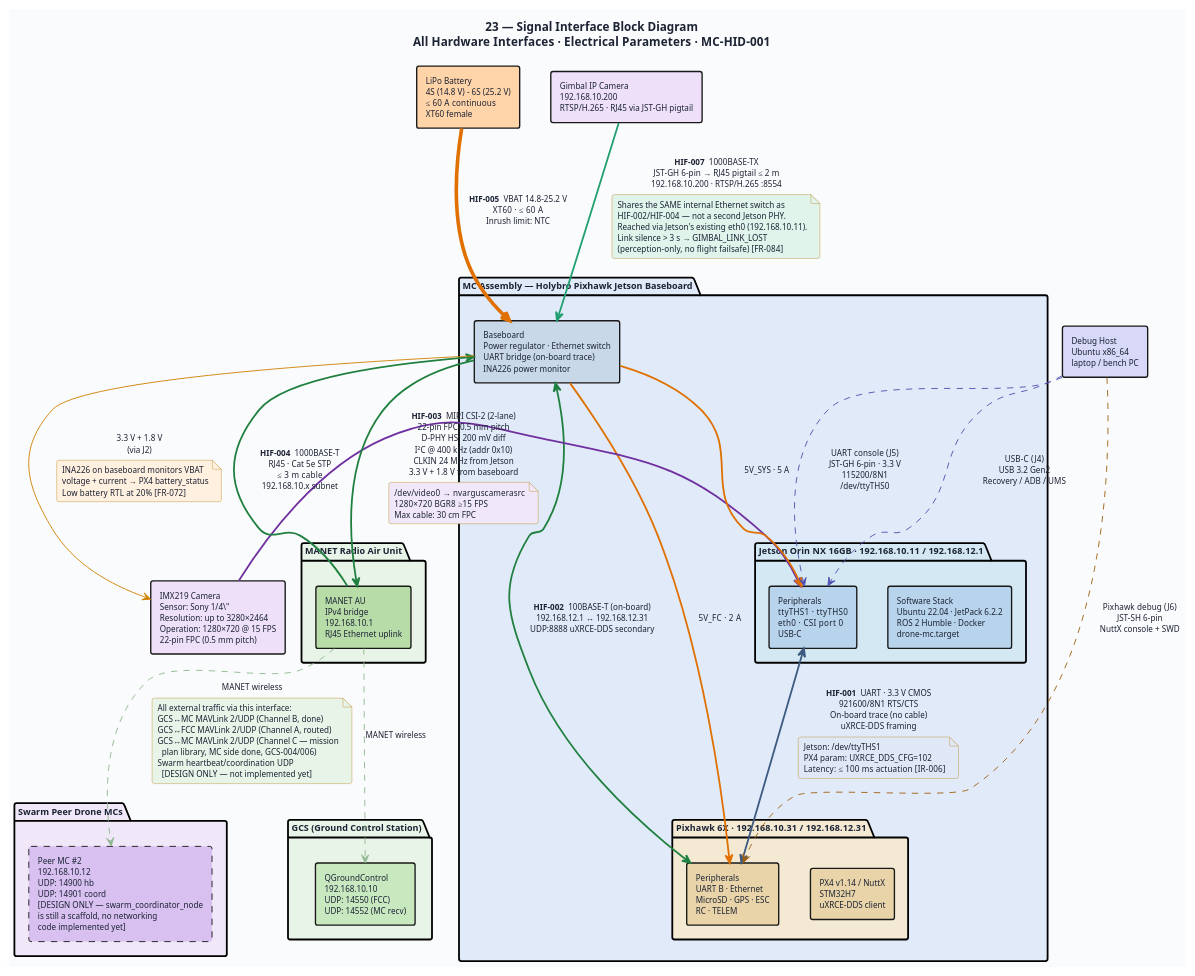
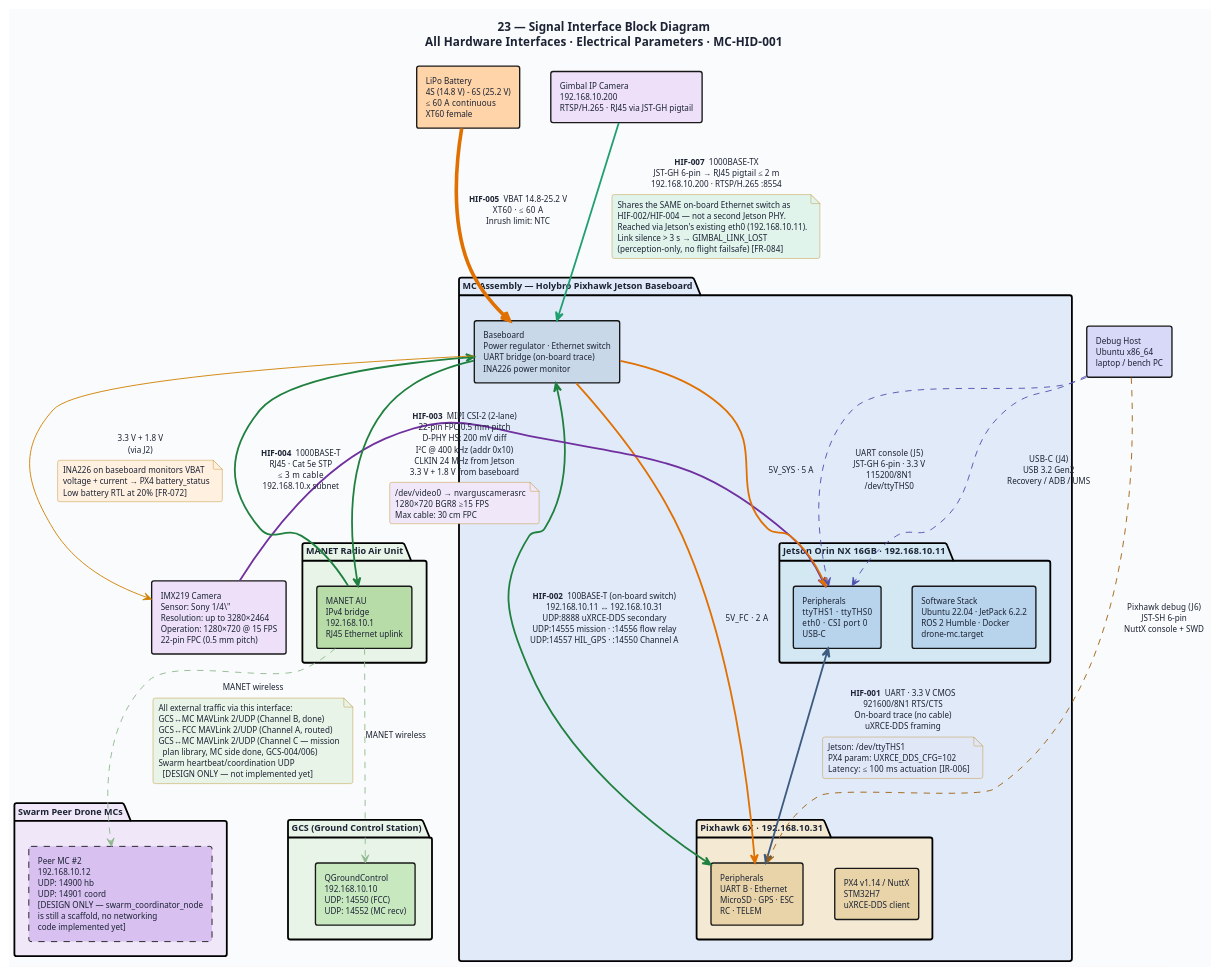
The diagram in docs/diagrams/23-hid-signal-interfaces.puml (shawnsoh-stengg/shawnsoh-stengg-drone-swarm-mc-tempFork), drawn with PlantUML before and after one commit. The commit also changed 41 other files, not shown here.

```diff
--- a/docs/diagrams/23-hid-signal-interfaces.puml
+++ b/docs/diagrams/23-hid-signal-interfaces.puml
@@ -1,173 +1,173 @@
 @startuml 23-hid-signal-interfaces
 ' ─────────────────────────────────────────────────────────────
 ' Diagram 23: Signal Interface Block Diagram — All Seven HIFs
 ' MC-HID-001 §3–§9
 ' ─────────────────────────────────────────────────────────────
 
 title "23 — Signal Interface Block Diagram\nAll Hardware Interfaces · Electrical Parameters  ·  MC-HID-001"
 
 skinparam BackgroundColor #FAFBFC
 skinparam DefaultFontColor #1C2334
 skinparam DefaultFontSize 10
 skinparam TitleFontSize 13
 skinparam TitleFontStyle bold
 skinparam shadowing false
 skinparam RoundCorner 5
 
 skinparam package {
   BorderThickness 2
   FontSize 10
   FontStyle bold
 }
 
 skinparam rectangle {
   BorderThickness 1.5
   FontSize 9
 }
 
 skinparam note {
   BackgroundColor #FFFAE8
   BorderColor #C09030
   FontSize 9
 }
 
 skinparam arrow {
   Color #3D5A80
   FontColor #1C2334
   FontSize 9
 }
 
 ' ═══════════════════════════════════════════════════
 ' EXTERNAL SYSTEMS
 ' ═══════════════════════════════════════════════════
 
 rectangle "LiPo Battery\n4S (14.8 V) – 6S (25.2 V)\n≤ 60 A continuous\nXT60 female" as BAT #FFD4A8
 
 rectangle "IMX219 Camera\nSensor: Sony 1/4\"\nResolution: up to 3280×2464\nOperation: 1280×720 @ 15 FPS\n22-pin FPC (0.5 mm pitch)" as CAM #EDE0F8
 
 package "MANET Radio Air Unit" as AU_PKG #E8F4E8 {
   rectangle "MANET AU\nIPv4 bridge\n192.168.10.1\nRJ45 Ethernet uplink" as AU #B8DCA8
 }
 
 package "GCS (Ground Control Station)" as GCS_PKG #E8F4E8 {
   rectangle "QGroundControl\n192.168.10.10\nUDP: 14550 (FCC)\nUDP: 14552 (MC recv)" as GCS #C8E8C0
 }
 
 package "Swarm Peer Drone MCs" as PEER_PKG #F0E8F8 {
   rectangle "Peer MC #2\n192.168.10.12\nUDP: 14900 hb\nUDP: 14901 coord\n[DESIGN ONLY — swarm_coordinator_node\nis still a scaffold, no networking\ncode implemented yet]" as PEER #D8C0F0;line.dashed
 }
 
 rectangle "Debug Host\nUbuntu x86_64\nlaptop / bench PC" as DBG #D8D8F8
 
 rectangle "Gimbal IP Camera\n192.168.10.200\nRTSP/H.265 · RJ45 via JST-GH pigtail" as GIMCAM #EDE0F8
 
 ' ═══════════════════════════════════════════════════
 ' MISSION COMPUTER ASSEMBLY
 ' ═══════════════════════════════════════════════════
 
 package "MC Assembly — Holybro Pixhawk Jetson Baseboard" as MC_PKG #E0EAF8 {
 
-  package "Jetson Orin NX 16GB  ·  192.168.10.11 / 192.168.12.1" as JET #D4E8F4 {
+  package "Jetson Orin NX 16GB  ·  192.168.10.11" as JET #D4E8F4 {
     rectangle "Software Stack\nUbuntu 22.04 · JetPack 6.2.2\nROS 2 Humble · Docker\ndrone-mc.target" as JET_SW #B8D4EC
     rectangle "Peripherals\nttyTHS1  ·  ttyTHS0\neth0  ·  CSI port 0\nUSB-C" as JET_HW #B8D4EC
   }
 
   rectangle "Baseboard\nPower regulator · Ethernet switch\nUART bridge (on-board trace)\nINA226 power monitor" as BB #C8D8E8
 
-  package "Pixhawk 6X  ·  192.168.10.31 / 192.168.12.31" as PX4 #F4EAD4 {
+  package "Pixhawk 6X  ·  192.168.10.31" as PX4 #F4EAD4 {
     rectangle "PX4 v1.14 / NuttX\nSTM32H7\nuXRCE-DDS client" as PX4_SW #E8D4A8
     rectangle "Peripherals\nUART B · Ethernet\nMicroSD · GPS · ESC\nRC · TELEM" as PX4_HW #E8D4A8
   }
 }
 
 ' ═══════════════════════════════════════════════════
 ' HIF-001: SERIAL (ttyTHS1 ↔ Pixhawk UART B)
 ' ═══════════════════════════════════════════════════
 
 JET_HW <-[#3D5A80,thickness=2]-> PX4_HW : **HIF-001**  UART · 3.3 V CMOS\n921600/8N1 RTS/CTS\nOn-board trace (no cable)\nuXRCE-DDS framing
 
 note on link #E0E8F8
   Jetson: /dev/ttyTHS1
   PX4 param: UXRCE_DDS_CFG=102
   Latency: ≤ 100 ms actuation  [IR-006]
 end note
 
 ' ═══════════════════════════════════════════════════
-' HIF-002: INTERNAL ETHERNET (192.168.12.x)
+' HIF-002: ON-BOARD ETHERNET MC↔FCC (192.168.10.x)
 ' ═══════════════════════════════════════════════════
 
-BB <-[#208040,thickness=2]-> PX4_HW : **HIF-002**  100BASE-T (on-board)\n192.168.12.1 ↔ 192.168.12.31\nUDP:8888 uXRCE-DDS secondary
+BB <-[#208040,thickness=2]-> PX4_HW : **HIF-002**  100BASE-T (on-board switch)\n192.168.10.11 ↔ 192.168.10.31\nUDP:8888 uXRCE-DDS secondary\nUDP:14555 mission · :14556 flow relay\nUDP:14557 HIL_GPS · :14550 Channel A
 
 ' ═══════════════════════════════════════════════════
 ' HIF-003: CSI-2 CAMERA
 ' ═══════════════════════════════════════════════════
 
 CAM -[#7030A0,thickness=2]-> JET_HW : **HIF-003**  MIPI CSI-2 (2-lane)\n22-pin FPC 0.5 mm pitch\nD-PHY HS: 200 mV diff\nI²C @ 400 kHz (addr 0x10)\nCLKIN 24 MHz from Jetson\n3.3 V + 1.8 V from baseboard
 
 note on link #F0E8F8
   /dev/video0  →  nvarguscamerasrc
   1280×720 BGR8 ≥15 FPS
   Max cable: 30 cm FPC
 end note
 
 ' ═══════════════════════════════════════════════════
 ' HIF-004: EXTERNAL ETHERNET → MANET
 ' ═══════════════════════════════════════════════════
 
 AU -[#208040,thickness=2]-> BB : **HIF-004**  1000BASE-T\nRJ45 · Cat 5e STP\n≤ 3 m cable\n192.168.10.x subnet
 BB -[#208040,thickness=2]-> AU
 
 AU -[#90B890,dashed]-> GCS : MANET wireless
 AU -[#90B890,dashed]-> PEER : MANET wireless
 
 note on link #E8F4E8
   All external traffic via this interface:
   GCS↔MC MAVLink 2/UDP (Channel B, done)
   GCS↔FCC MAVLink 2/UDP (Channel A, routed)
   GCS↔MC MAVLink 2/UDP (Channel C — mission
     plan library, MC side done, GCS-004/006)
   Swarm heartbeat/coordination UDP
     [DESIGN ONLY — not implemented yet]
 end note
 
 ' ═══════════════════════════════════════════════════
-' HIF-007: GIMBAL IP CAMERA (shared internal switch)
+' HIF-007: GIMBAL IP CAMERA (shared on-board switch)
 ' ═══════════════════════════════════════════════════
 
 GIMCAM -[#20A070,thickness=2]-> BB : **HIF-007**  1000BASE-TX\nJST-GH 6-pin → RJ45 pigtail ≤ 2 m\n192.168.10.200 · RTSP/H.265 :8554
 
 note on link #E0F4EC
-  Shares the SAME internal Ethernet switch as
+  Shares the SAME on-board Ethernet switch as
   HIF-002/HIF-004 — not a second Jetson PHY.
   Reached via Jetson's existing eth0 (192.168.10.11).
   Link silence > 3 s → GIMBAL_LINK_LOST
   (perception-only, no flight failsafe)  [FR-084]
 end note
 
 ' ═══════════════════════════════════════════════════
 ' HIF-005: POWER
 ' ═══════════════════════════════════════════════════
 
 BAT -[#E07000,thickness=4]-> BB : **HIF-005**  VBAT 14.8–25.2 V\nXT60 · ≤ 60 A\nInrush limit: NTC
 
 BB -[#E07000,thickness=2]-> JET_HW : 5V_SYS · 5 A
 BB -[#E07000,thickness=2]-> PX4_HW : 5V_FC  · 2 A
 BB -[#D08000]-> CAM : 3.3 V + 1.8 V\n(via J2)
 
 note on link #FFF0E0
   INA226 on baseboard monitors VBAT
   voltage + current → PX4 battery_status
   Low battery RTL at 20%  [FR-072]
 end note
 
 ' ═══════════════════════════════════════════════════
 ' HIF-006: DEBUG
 ' ═══════════════════════════════════════════════════
 
 DBG -[#5050B0,dashed]-> JET_HW : USB-C  (J4)\nUSB 3.2 Gen2\nRecovery / ADB / UMS
 
 DBG -[#5050B0,dashed]-> JET_HW : UART console  (J5)\nJST-GH 6-pin · 3.3 V\n115200/8N1\n/dev/ttyTHS0
 
 DBG -[#A06010,dashed]-> PX4_HW : Pixhawk debug  (J6)\nJST-SH 6-pin\nNuttX console + SWD
 
 @enduml
```
